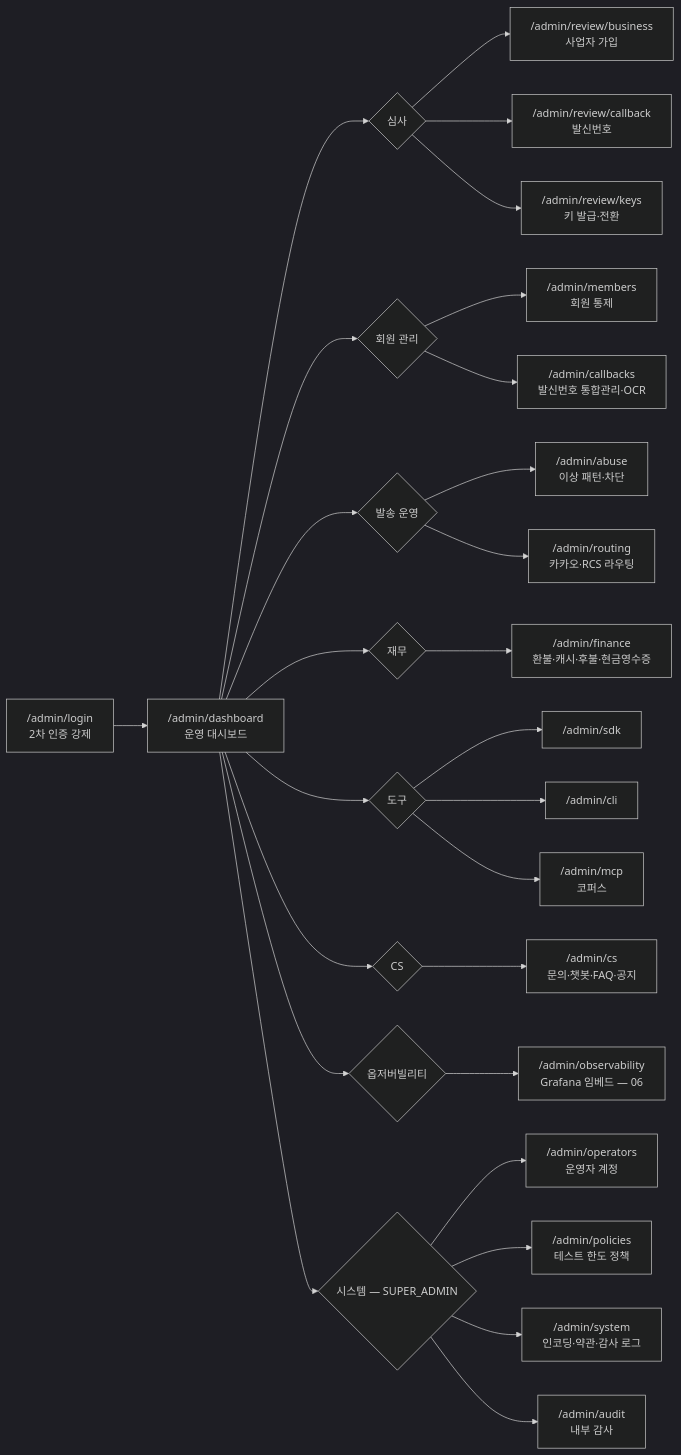
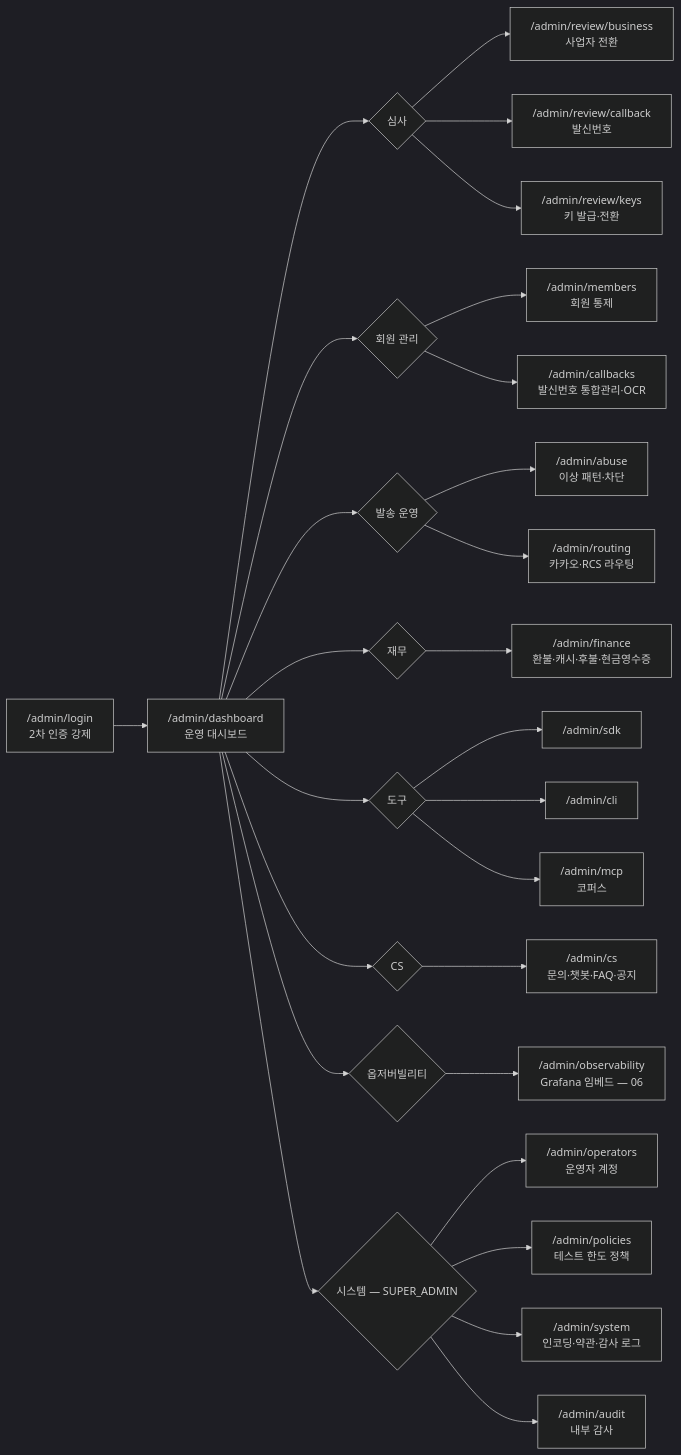
The fourth of 4 diagrams in pm/03_IA.md (beanteacher/web-wisecan-unified), drawn with Mermaid (dark theme) before and after one commit. The commit also changed other lines of this file and 17 other files, not shown here.

````diff
--- a/pm/03_IA.md
+++ b/pm/03_IA.md
@@ -121,37 +121,37 @@
 ```mermaid
 flowchart LR
   ALOGIN["/admin/login<br>2차 인증 강제"] --> AHOME["/admin/dashboard<br>운영 대시보드"]
 
   AHOME --> REV_GRP{심사}
-  REV_GRP --> R_BIZ["/admin/review/business<br>사업자 가입"]
+  REV_GRP --> R_BIZ["/admin/review/business<br>사업자 전환"]
   REV_GRP --> R_CB["/admin/review/callback<br>발신번호"]
   REV_GRP --> R_KEY["/admin/review/keys<br>키 발급·전환"]
 
   AHOME --> MEM_GRP{회원 관리}
   MEM_GRP --> M_LIST["/admin/members<br>회원 통제"]
   MEM_GRP --> M_CB["/admin/callbacks<br>발신번호 통합관리·OCR"]
 
   AHOME --> SEND_GRP{발송 운영}
   SEND_GRP --> A_ABUSE["/admin/abuse<br>이상 패턴·차단"]
   SEND_GRP --> A_ROUTE["/admin/routing<br>카카오·RCS 라우팅"]
 
   AHOME --> FIN_GRP{재무}
   FIN_GRP --> A_FIN["/admin/finance<br>환불·캐시·후불·현금영수증"]
 
   AHOME --> TOOL_GRP{도구}
   TOOL_GRP --> A_SDK["/admin/sdk"]
   TOOL_GRP --> A_CLI["/admin/cli"]
   TOOL_GRP --> A_MCP["/admin/mcp<br>코퍼스"]
 
   AHOME --> CS_GRP{CS}
   CS_GRP --> A_CS["/admin/cs<br>문의·챗봇·FAQ·공지"]
 
   AHOME --> OBS_GRP{옵저버빌리티}
   OBS_GRP --> A_OBS["/admin/observability<br>Grafana 임베드 — 06"]
 
   AHOME --> SYS_GRP{시스템 — SUPER_ADMIN}
   SYS_GRP --> A_OP["/admin/operators<br>운영자 계정"]
   SYS_GRP --> A_POL["/admin/policies<br>테스트 한도 정책"]
   SYS_GRP --> A_SYS["/admin/system<br>인코딩·약관·감사 로그"]
   SYS_GRP --> A_AUDIT["/admin/audit<br>내부 감사"]
 ```
````
